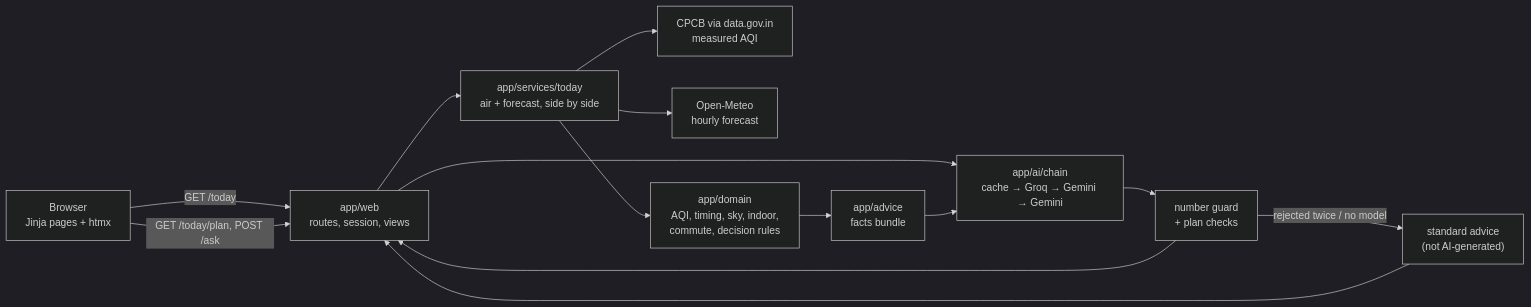
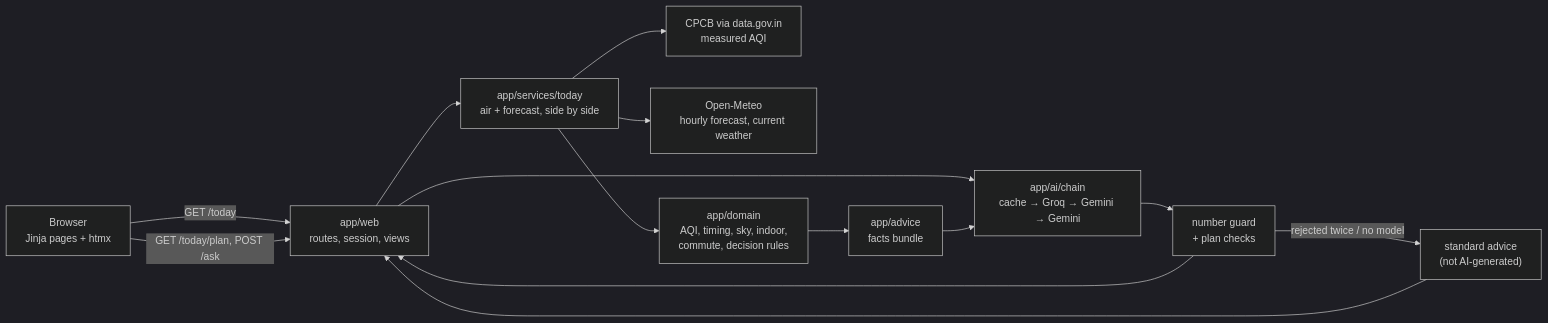
The diagram in docs/ARCHITECTURE.md (Mitali-Patle/nirmal-air), drawn with Mermaid (dark theme) before and after one commit. The commit also changed other lines of this file and 16 other files, not shown here.

````diff
--- a/docs/ARCHITECTURE.md
+++ b/docs/ARCHITECTURE.md
@@ -6,16 +6,16 @@
 ```mermaid
 flowchart LR
     Browser["Browser<br/>Jinja pages + htmx"] -->|"GET /today"| Web["app/web<br/>routes, session, views"]
     Web --> Service["app/services/today<br/>air + forecast, side by side"]
     Service --> CPCB["CPCB via data.gov.in<br/>measured AQI"]
-    Service --> Meteo["Open-Meteo<br/>hourly forecast"]
+    Service --> Meteo["Open-Meteo<br/>hourly forecast, current weather"]
     Service --> Domain["app/domain<br/>AQI, timing, sky, indoor,<br/>commute, decision rules"]
     Domain --> Facts["app/advice<br/>facts bundle"]
     Browser -->|"GET /today/plan, POST /ask"| Web
     Web --> Chain["app/ai/chain<br/>cache → Groq → Gemini → Gemini"]
     Facts --> Chain
     Chain --> Guard["number guard<br/>+ plan checks"]
     Guard -->|"rejected twice / no model"| Standard["standard advice<br/>(not AI-generated)"]
     Guard --> Web
     Standard --> Web
 ```
````
